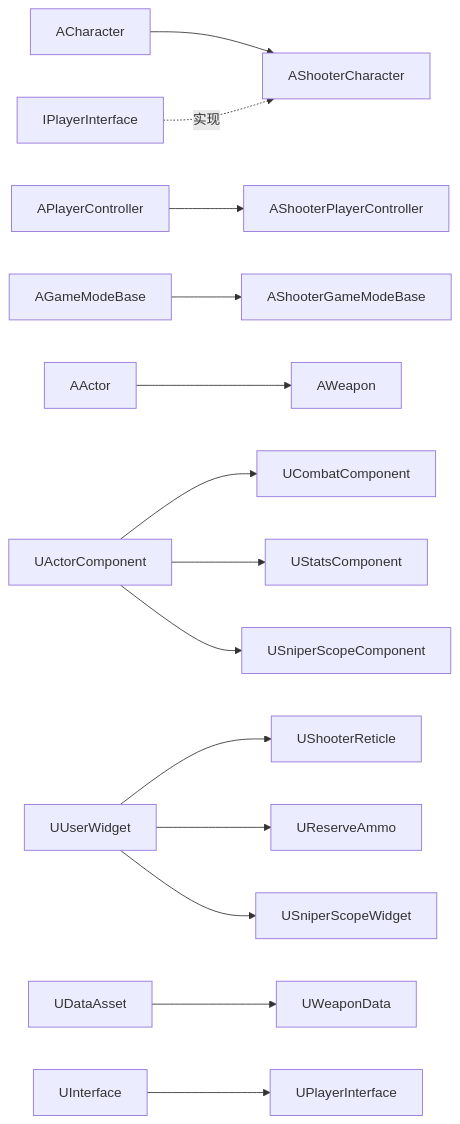
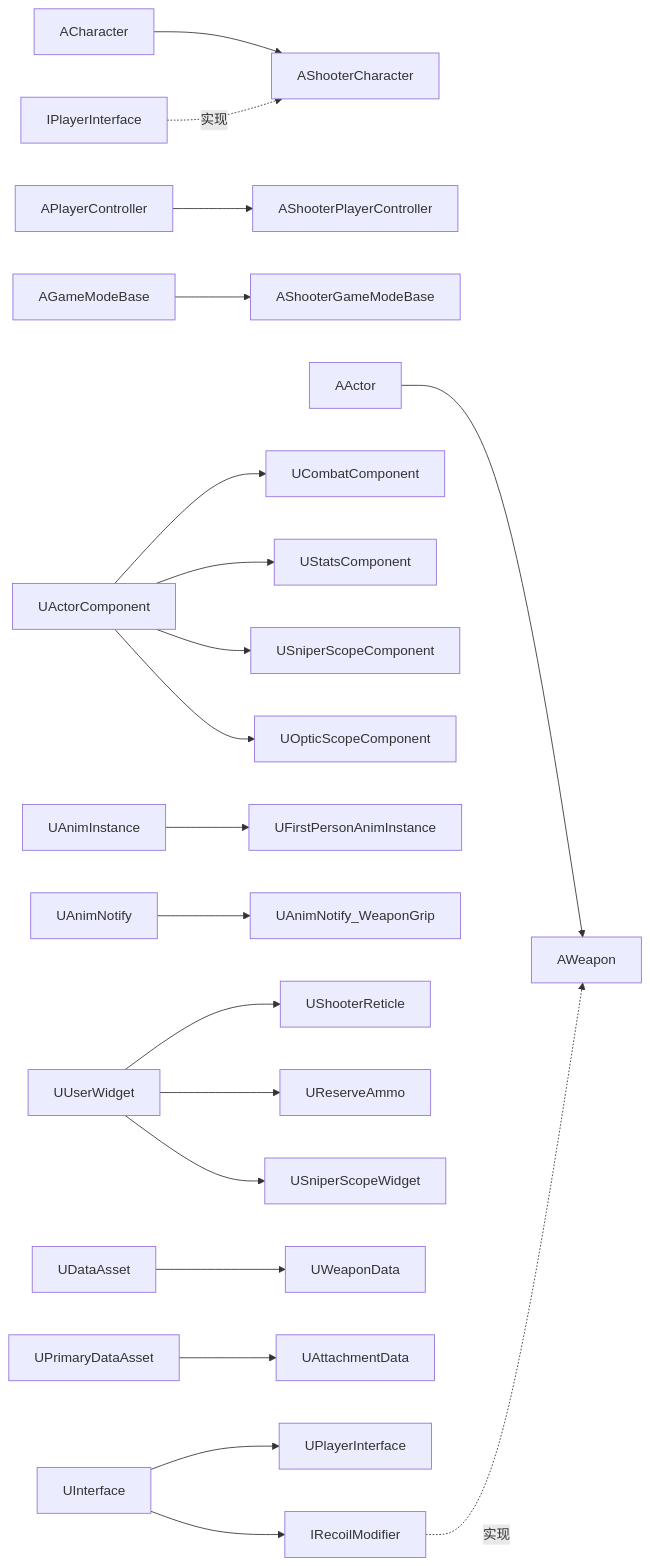
The diagram in DOCUMENTATION.zh-CN.md (puzzle333-qaq/FPS), drawn with Mermaid before and after one commit. The commit also changed other lines of this file and 3 other files, not shown here.

````diff
--- a/DOCUMENTATION.zh-CN.md
+++ b/DOCUMENTATION.zh-CN.md
@@ -75,16 +79,22 @@
 ```mermaid
 graph LR
     ACharacter --> AShooterCharacter
     APlayerController --> AShooterPlayerController
     AGameModeBase --> AShooterGameModeBase
     AActor --> AWeapon
     UActorComponent --> UCombatComponent
     UActorComponent --> UStatsComponent
     UActorComponent --> USniperScopeComponent
+    UActorComponent --> UOpticScopeComponent
+    UAnimInstance --> UFirstPersonAnimInstance
+    UAnimNotify --> UAnimNotify_WeaponGrip
     UUserWidget --> UShooterReticle
     UUserWidget --> UReserveAmmo
     UUserWidget --> USniperScopeWidget
     UDataAsset --> UWeaponData
+    UPrimaryDataAsset --> UAttachmentData
     UInterface --> UPlayerInterface
+    UInterface --> IRecoilModifier
     IPlayerInterface -.实现.-> AShooterCharacter
+    IRecoilModifier -.实现.-> AWeapon
 ```
````
